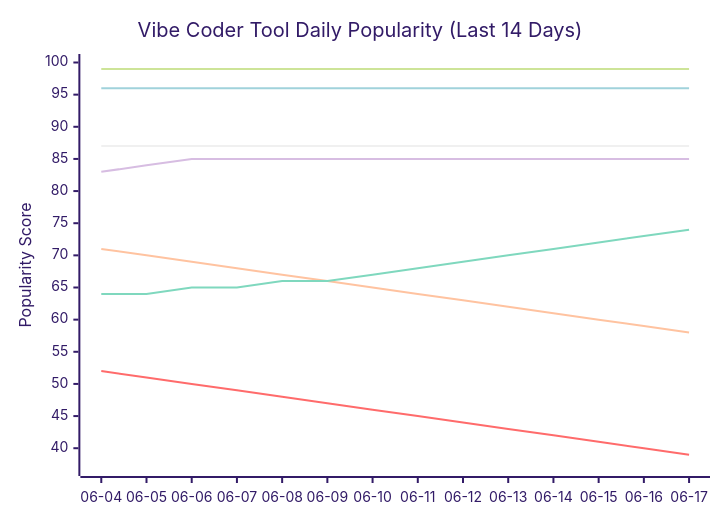
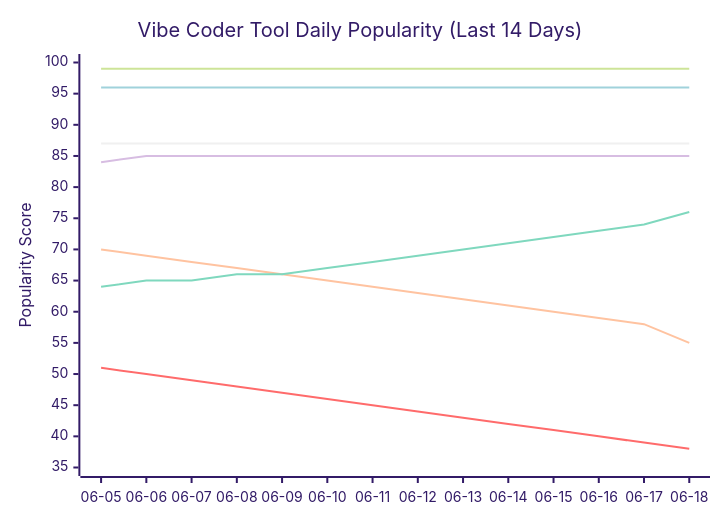
One commit to tykimos/ai-whatchelin changed the seventh of 11 diagrams in README.md. Above: the diagram before and after it, drawn with Mermaid (forest theme). The commit also changed other lines of this file and 4 other files, not shown here.

````diff
--- a/README.md
+++ b/README.md
@@ -1628,13 +1634,13 @@
 ```mermaid
 xychart-beta
     title "Vibe Coder Tool Daily Popularity (Last 14 Days)"
-    x-axis ["06-04", "06-05", "06-06", "06-07", "06-08", "06-09", "06-10", "06-11", "06-12", "06-13", "06-14", "06-15", "06-16", "06-17"]
-    y-axis "Popularity Score" 37 --> 100
+    x-axis ["06-05", "06-06", "06-07", "06-08", "06-09", "06-10", "06-11", "06-12", "06-13", "06-14", "06-15", "06-16", "06-17", "06-18"]
+    y-axis "Popularity Score" 35 --> 100
     line "Claude Code" [99, 99, 99, 99, 99, 99, 99, 99, 99, 99, 99, 99, 99, 99]
-    line "GH Copilot" [52, 51, 50, 49, 48, 47, 46, 45, 44, 43, 42, 41, 40, 39]
+    line "GH Copilot" [51, 50, 49, 48, 47, 46, 45, 44, 43, 42, 41, 40, 39, 38]
     line "Cursor" [96, 96, 96, 96, 96, 96, 96, 96, 96, 96, 96, 96, 96, 96]
-    line "Windsurf" [83, 84, 85, 85, 85, 85, 85, 85, 85, 85, 85, 85, 85, 85]
+    line "Windsurf" [84, 85, 85, 85, 85, 85, 85, 85, 85, 85, 85, 85, 85, 85]
     line "Codex CLI" [87, 87, 87, 87, 87, 87, 87, 87, 87, 87, 87, 87, 87, 87]
-    line "Gemini CLI" [71, 70, 69, 68, 67, 66, 65, 64, 63, 62, 61, 60, 59, 58]
-    line "Antigravity" [64, 64, 65, 65, 66, 66, 67, 68, 69, 70, 71, 72, 73, 74]
+    line "Gemini CLI" [70, 69, 68, 67, 66, 65, 64, 63, 62, 61, 60, 59, 58, 55]
+    line "Antigravity" [64, 65, 65, 66, 66, 67, 68, 69, 70, 71, 72, 73, 74, 76]
 ```
````
